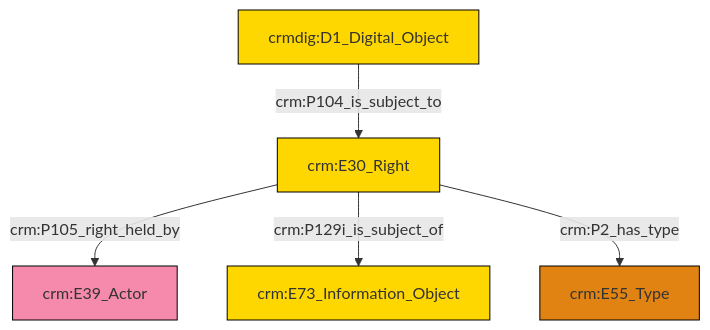
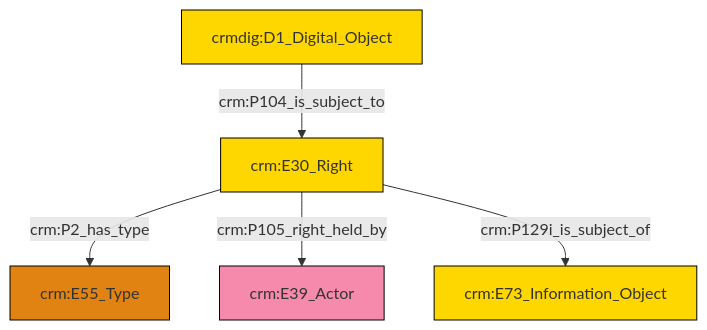
Before and after one commit to swiss-art-research-net/docs.swissartresearch: the diagram in et/doCSV/ttl/mmd/do_rights.ttl.mmd, drawn with Mermaid. The commit also changed 179 other files, not shown here.

```diff
--- a/et/doCSV/ttl/mmd/do_rights.ttl.mmd
+++ b/et/doCSV/ttl/mmd/do_rights.ttl.mmd
@@ -1,19 +1,19 @@
 graph TD
 classDef Literal fill:#f2f2f2,stroke:#000000;
 classDef CRM_Entity fill:#FFFFFF,stroke:#000000;
 classDef Temporal_Entity fill:#00C9E6, stroke:#000000;
 classDef Type fill:#E18312, stroke:#000000;
 classDef Time-Span fill:#2C9C91, stroke:#000000;
 classDef Appellation fill:#FFEB7F, stroke:#000000;
 classDef Place fill:#008836, stroke:#000000;
 classDef Persistent_Item fill:#B266B2, stroke:#000000;
 classDef Conceptual_Object fill:#FFD700, stroke:#000000;
 classDef Physical_Thing fill:#D2B48C, stroke:#000000;
 classDef Actor fill:#f58aad, stroke:#000000;
 classDef PC_Classes fill:#4ce600, stroke:#000000;
 classDef Multi fill:#cccccc,stroke:#000000;
 
-2["crmdig:D1_Digital_Object"]:::Conceptual_Object -->|crm:P104_is_subject_to| 3["crm:E30_Right"]:::Conceptual_Object
-3["crm:E30_Right"]:::Conceptual_Object -->|crm:P105_right_held_by| 0["crm:E39_Actor"]:::Actor
-3["crm:E30_Right"]:::Conceptual_Object -->|crm:P129i_is_subject_of| 7["crm:E73_Information_Object"]:::Conceptual_Object
-3["crm:E30_Right"]:::Conceptual_Object -->|crm:P2_has_type| 4["crm:E55_Type"]:::Type
+0["crm:E30_Right"]:::Conceptual_Object -->|crm:P2_has_type| 1["crm:E55_Type"]:::Type
+2["crmdig:D1_Digital_Object"]:::Conceptual_Object -->|crm:P104_is_subject_to| 0["crm:E30_Right"]:::Conceptual_Object
+0["crm:E30_Right"]:::Conceptual_Object -->|crm:P105_right_held_by| 3["crm:E39_Actor"]:::Actor
+0["crm:E30_Right"]:::Conceptual_Object -->|crm:P129i_is_subject_of| 7["crm:E73_Information_Object"]:::Conceptual_Object
```
